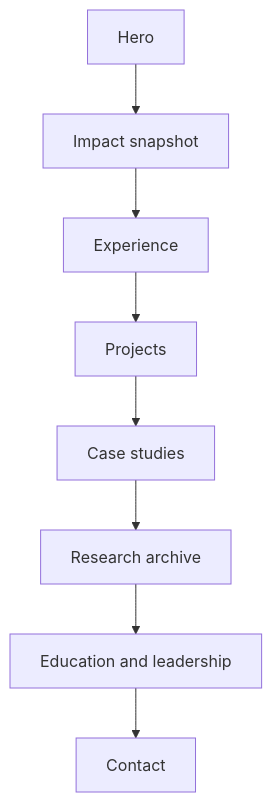
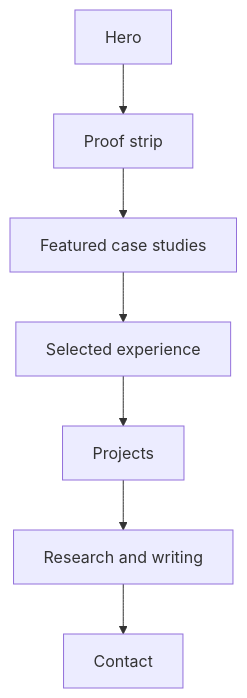
Before and after one commit to fatimmajumder/fatimmajumder.github.io: the diagram in README.md, drawn with Mermaid. The commit also changed other lines of this file and 11 other files, not shown here.

````diff
--- a/README.md
+++ b/README.md
@@ -30,10 +37,9 @@
 ```mermaid
 flowchart TD
-    A["Hero"] --> B["Impact snapshot"]
-    B --> C["Experience"]
-    C --> D["Projects"]
-    D --> E["Case studies"]
-    E --> F["Research archive"]
-    F --> G["Education and leadership"]
-    G --> H["Contact"]
+    A["Hero"] --> B["Proof strip"]
+    B --> C["Featured case studies"]
+    C --> D["Selected experience"]
+    D --> E["Projects"]
+    E --> F["Research and writing"]
+    F --> G["Contact"]
 ```
````
